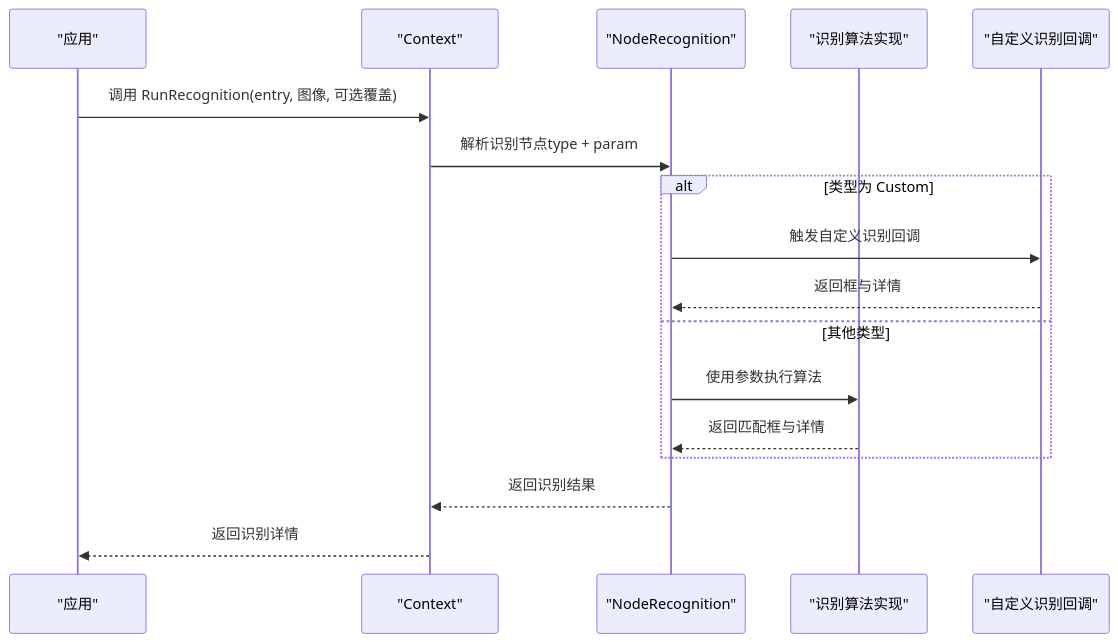
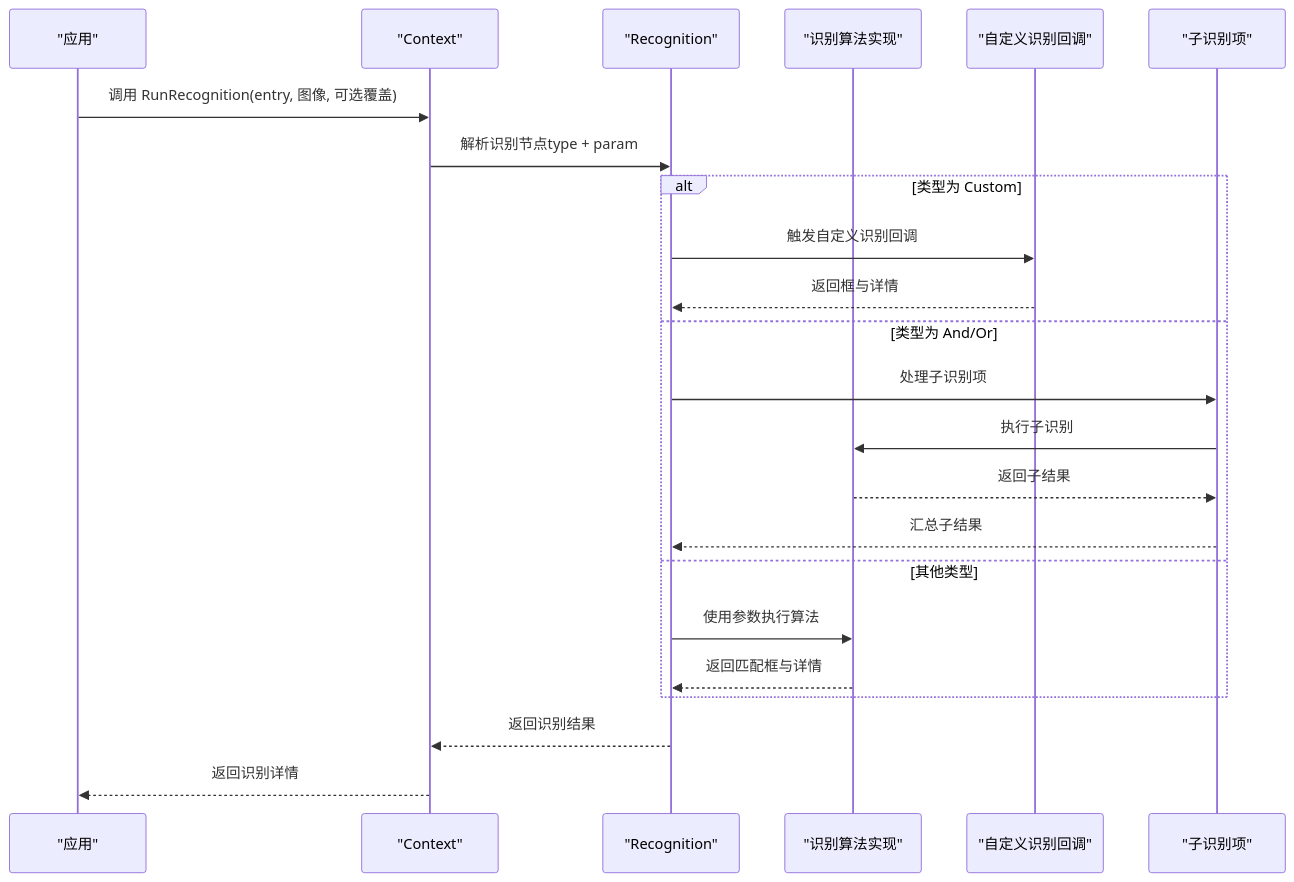
One commit to kqcoxn/MaaPipelineEditor changed the second of 3 diagrams in instructions/maafw-golang-binding/高级功能/流水线配置/识别系统配置/识别系统配置.md. Above: the diagram before and after it, drawn with Mermaid. The commit also changed other lines of this file and 6 other files, not shown here.

````diff
--- a/instructions/maafw-golang-binding/高级功能/流水线配置/识别系统配置/识别系统配置.md
+++ b/instructions/maafw-golang-binding/高级功能/流水线配置/识别系统配置/识别系统配置.md
@@ -78,19 +98,25 @@
 ```mermaid
 sequenceDiagram
 participant App as "应用"
 participant Ctx as "Context"
-participant NR as "NodeRecognition"
+participant Rec as "Recognition"
 participant Algo as "识别算法实现"
 participant CB as "自定义识别回调"
+participant Sub as "子识别项"
 App->>Ctx : 调用 RunRecognition(entry, 图像, 可选覆盖)
-Ctx->>NR : 解析识别节点type + param
+Ctx->>Rec : 解析识别节点type + param
 alt 类型为 Custom
-NR->>CB : 触发自定义识别回调
-CB-->>NR : 返回框与详情
+Rec->>CB : 触发自定义识别回调
+CB-->>Rec : 返回框与详情
+else 类型为 And/Or
+Rec->>Sub : 处理子识别项
+Sub->>Algo : 执行子识别
+Algo-->>Sub : 返回子结果
+Sub-->>Rec : 汇总子结果
 else 其他类型
-NR->>Algo : 使用参数执行算法
-Algo-->>NR : 返回匹配框与详情
+Rec->>Algo : 使用参数执行算法
+Algo-->>Rec : 返回匹配框与详情
 end
-NR-->>Ctx : 返回识别结果
+Rec-->>Ctx : 返回识别结果
 Ctx-->>App : 返回识别详情
 ```
````
